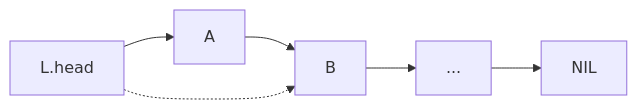
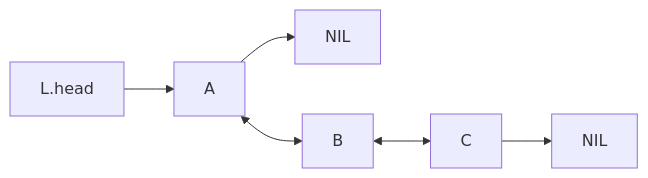
The third of 4 diagrams in Computer science/Data structures/Linked list.md (Eurydia/notes-singularity), drawn with Mermaid before and after one commit. The commit also changed other lines of this file and 4 other files, not shown here.

````diff
--- a/Computer science/Data structures/Linked list.md
+++ b/Computer science/Data structures/Linked list.md
@@ -99,5 +43,5 @@
-	```mermaid
-	flowchart LR
-		L.head-->A-->B-->C[...]-->NIL
-		L.head-.->B
-	```
+```mermaid
+flowchart LR
+	L.head-->A<-->B<-->C-->1[NIL]
+	A-->2[NIL]
+```
````
